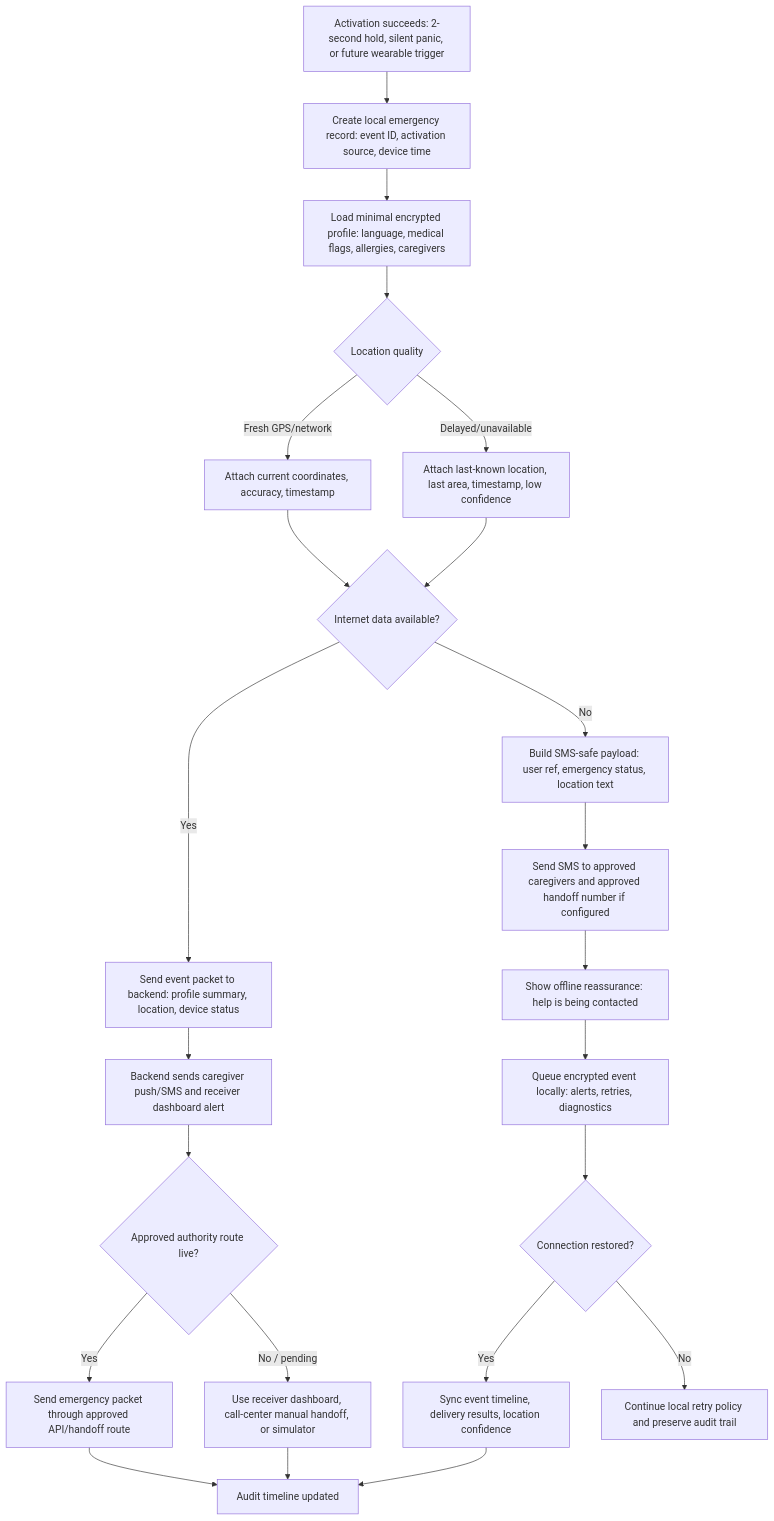
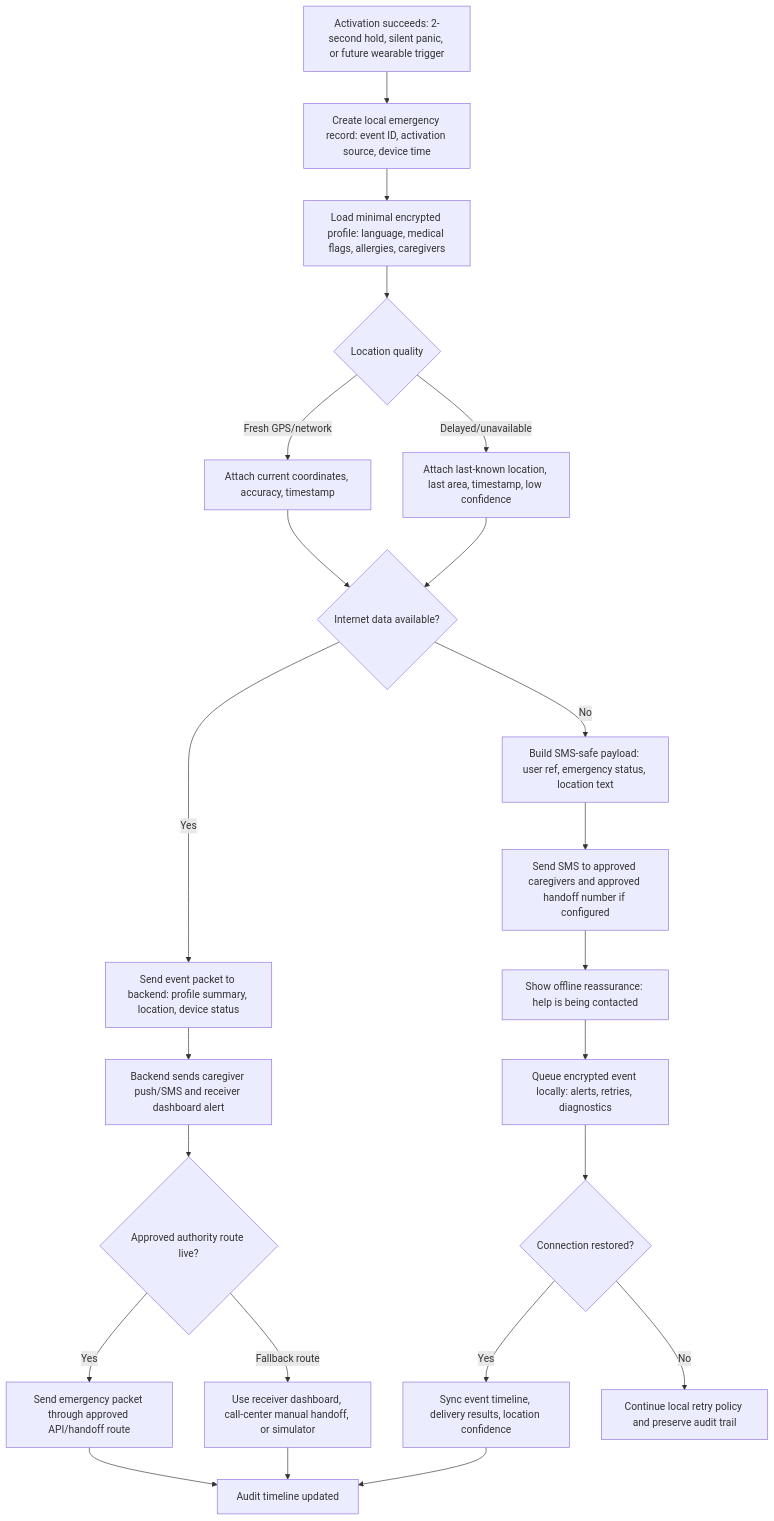
Before and after one commit to adarshnub/rahma-implementation-plan: the fourth of 11 diagrams in Rahma_Client_Architecture_Implementation_Plan.md, drawn with Mermaid. The commit also changed other lines of this file and 5 other files, not shown here.

First line of the commit message:
Update Architecture Implementation Plan and Client Plan

````diff
--- a/Rahma_Client_Architecture_Implementation_Plan.md
+++ b/Rahma_Client_Architecture_Implementation_Plan.md
@@ -304,25 +304,25 @@
 ```mermaid
 flowchart TD
   A["Activation succeeds: 2-second hold, silent panic, or future wearable trigger"] --> B["Create local emergency record: event ID, activation source, device time"]
   B --> C["Load minimal encrypted profile: language, medical flags, allergies, caregivers"]
   C --> D{"Location quality"}
   D -- "Fresh GPS/network" --> E["Attach current coordinates, accuracy, timestamp"]
   D -- "Delayed/unavailable" --> F["Attach last-known location, last area, timestamp, low confidence"]
   E --> G{"Internet data available?"}
   F --> G
   G -- "Yes" --> H["Send event packet to backend: profile summary, location, device status"]
   H --> I["Backend sends caregiver push/SMS and receiver dashboard alert"]
   I --> J{"Approved authority route live?"}
   J -- "Yes" --> K["Send emergency packet through approved API/handoff route"]
-  J -- "No / pending" --> L["Use receiver dashboard, call-center manual handoff, or simulator"]
+  J -- "Fallback route" --> L["Use receiver dashboard, call-center manual handoff, or simulator"]
   G -- "No" --> M["Build SMS-safe payload: user ref, emergency status, location text"]
   M --> N["Send SMS to approved caregivers and approved handoff number if configured"]
   N --> O["Show offline reassurance: help is being contacted"]
   O --> P["Queue encrypted event locally: alerts, retries, diagnostics"]
   P --> R{"Connection restored?"}
   R -- "Yes" --> S["Sync event timeline, delivery results, location confidence"]
   R -- "No" --> T["Continue local retry policy and preserve audit trail"]
   K --> U["Audit timeline updated"]
   L --> U
   S --> U
 ```
````
